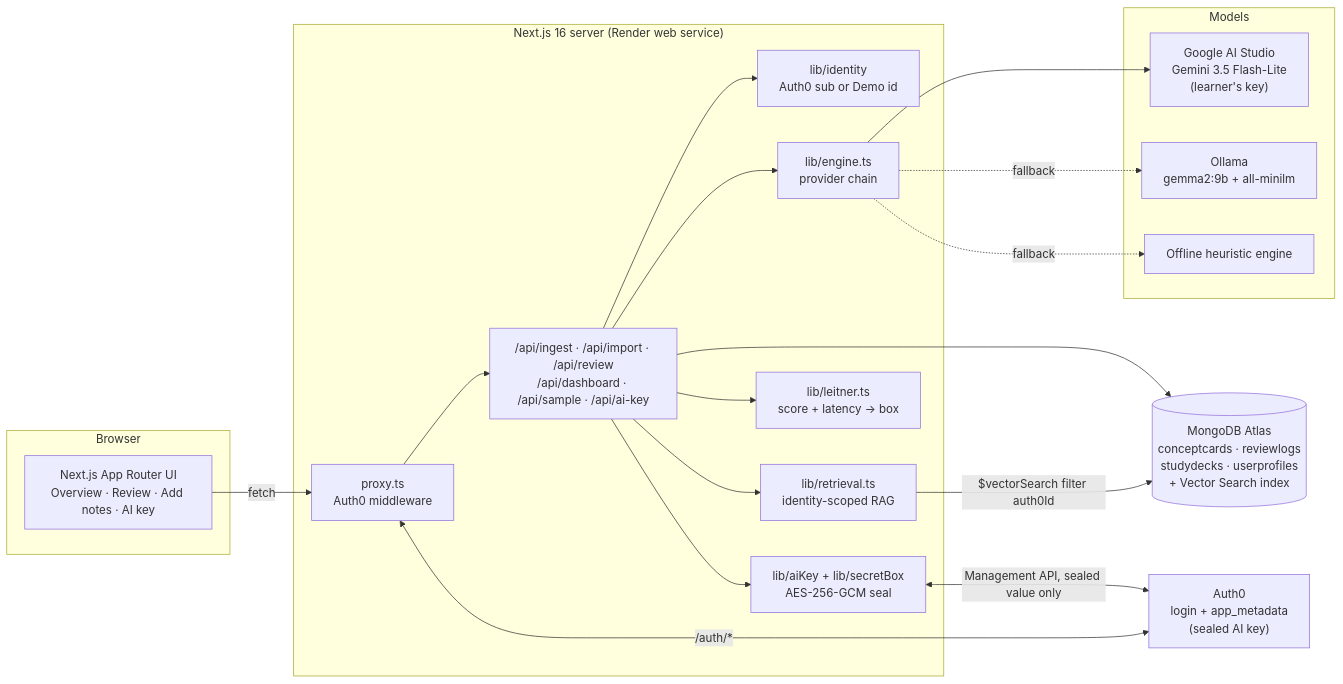
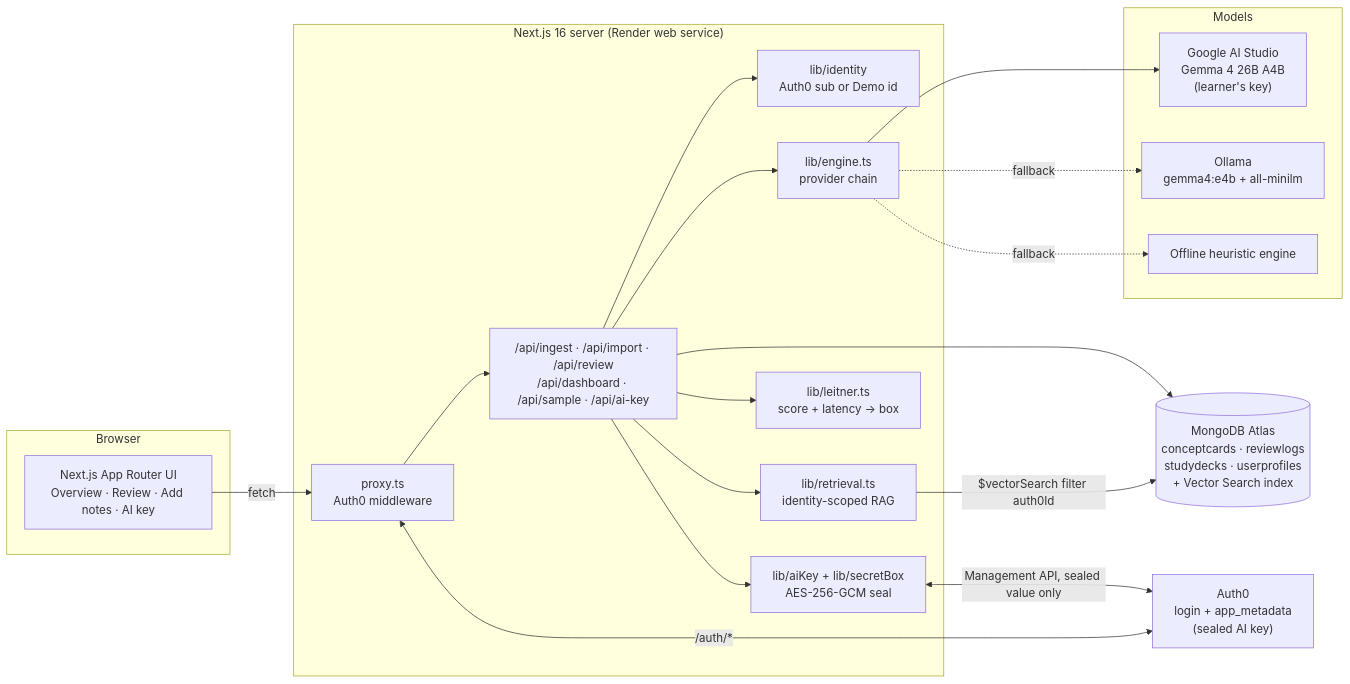
The first of 2 diagrams in README.md (realarbird/Deep-Retrain), drawn with Mermaid before and after one commit. The commit also changed other lines of this file and 18 other files, not shown here.

First line of the commit message:
Grade with open Gemma 4, add the AP Exam to the cram chart, fix Render login

````diff
--- a/README.md
+++ b/README.md
@@ -44,36 +54,36 @@
 ```mermaid
 flowchart LR
   subgraph Browser
     UI["Next.js App Router UI<br/>Overview · Review · Add notes · AI key"]
   end
 
   subgraph Next["Next.js 16 server (Render web service)"]
     P["proxy.ts<br/>Auth0 middleware"]
     ID["lib/identity<br/>Auth0 sub or Demo id"]
     API["/api/ingest · /api/import · /api/review<br/>/api/dashboard · /api/sample · /api/ai-key"]
     K["lib/aiKey + lib/secretBox<br/>AES-256-GCM seal"]
     E["lib/engine.ts<br/>provider chain"]
     L["lib/leitner.ts<br/>score + latency → box"]
     R["lib/retrieval.ts<br/>identity-scoped RAG"]
   end
 
   subgraph AI["Models"]
-    GS["Google AI Studio<br/>Gemini 3.5 Flash-Lite<br/>(learner's key)"]
-    O["Ollama<br/>gemma2:9b + all-minilm"]
+    GS["Google AI Studio<br/>Gemma 4 26B A4B<br/>(learner's key)"]
+    O["Ollama<br/>gemma4:e4b + all-minilm"]
     H["Offline heuristic engine"]
   end
 
   DB[("MongoDB Atlas<br/>conceptcards · reviewlogs<br/>studydecks · userprofiles<br/>+ Vector Search index")]
   A0["Auth0<br/>login + app_metadata<br/>(sealed AI key)"]
 
   UI -->|fetch| P --> API
   P <-->|/auth/*| A0
   API --> ID
   API --> K <-->|Management API, sealed value only| A0
   API --> E --> GS
   E -.fallback.-> O
   E -.fallback.-> H
   API --> L
   API --> R -->|"$vectorSearch filter auth0Id"| DB
   API --> DB
 ```
````
